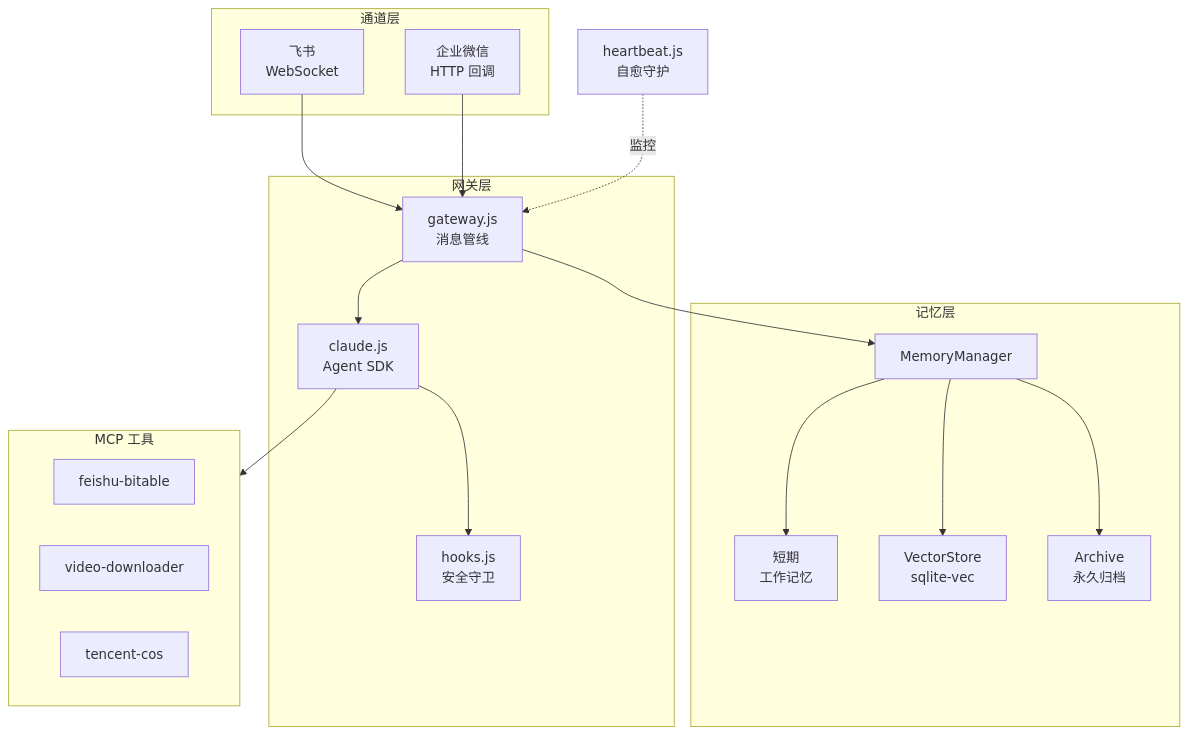
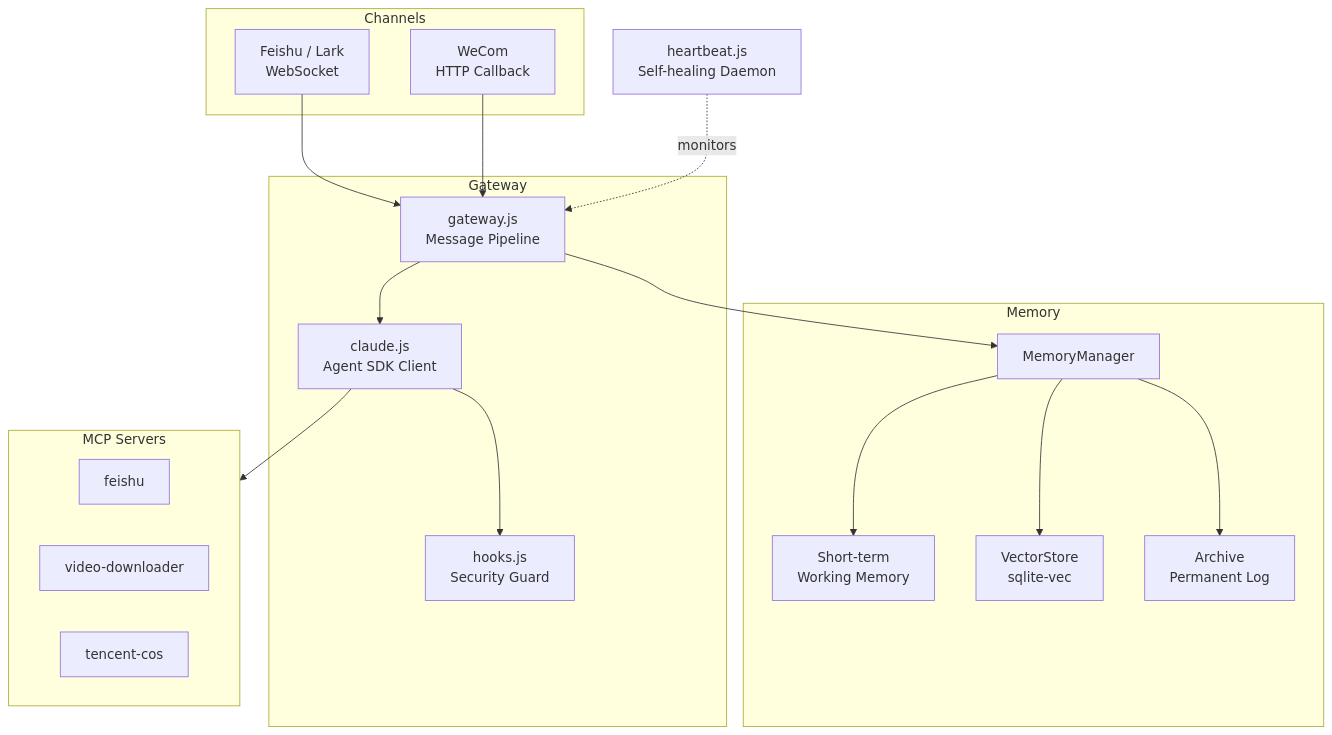
One commit to chituhouse/open-mist changed the diagram in README.md. Above: the diagram before and after it, drawn with Mermaid. The commit also changed other lines of this file, not shown here.

Commit message:
docs: 更新 README — 补充 vs OpenClaw 对比、MCP 服务说明、架构描述优化

````diff
--- a/README.md
+++ b/README.md
@@ -53,39 +64,39 @@
 ```mermaid
 flowchart TB
-    subgraph Channels["通道层"]
-        F[飞书<br>WebSocket]
-        W[企业微信<br>HTTP 回调]
+    subgraph Channels
+        F[Feishu / Lark<br>WebSocket]
+        W[WeCom<br>HTTP Callback]
     end
 
-    subgraph Gateway["网关层"]
-        GW[gateway.js<br>消息管线]
-        CL[claude.js<br>Agent SDK]
-        HK[hooks.js<br>安全守卫]
+    subgraph Gateway
+        GW[gateway.js<br>Message Pipeline]
+        CL[claude.js<br>Agent SDK Client]
+        HK[hooks.js<br>Security Guard]
     end
 
-    subgraph Memory["记忆层"]
+    subgraph Memory
         MM[MemoryManager]
-        ST[短期<br>工作记忆]
+        ST[Short-term<br>Working Memory]
         VS[VectorStore<br>sqlite-vec]
-        AR[Archive<br>永久归档]
+        AR[Archive<br>Permanent Log]
     end
 
-    subgraph MCP["MCP 工具"]
-        MB[feishu-bitable]
+    subgraph MCP["MCP Servers"]
+        MB[feishu]
         MV[video-downloader]
         MC[tencent-cos]
     end
 
-    HB[heartbeat.js<br>自愈守护]
+    HB[heartbeat.js<br>Self-healing Daemon]
 
     F --> GW
     W --> GW
     GW --> MM
     MM --> ST
     MM --> VS
     MM --> AR
     GW --> CL
     CL --> HK
     CL --> MCP
-    HB -.->|监控| GW
+    HB -.->|monitors| GW
 ```
````
